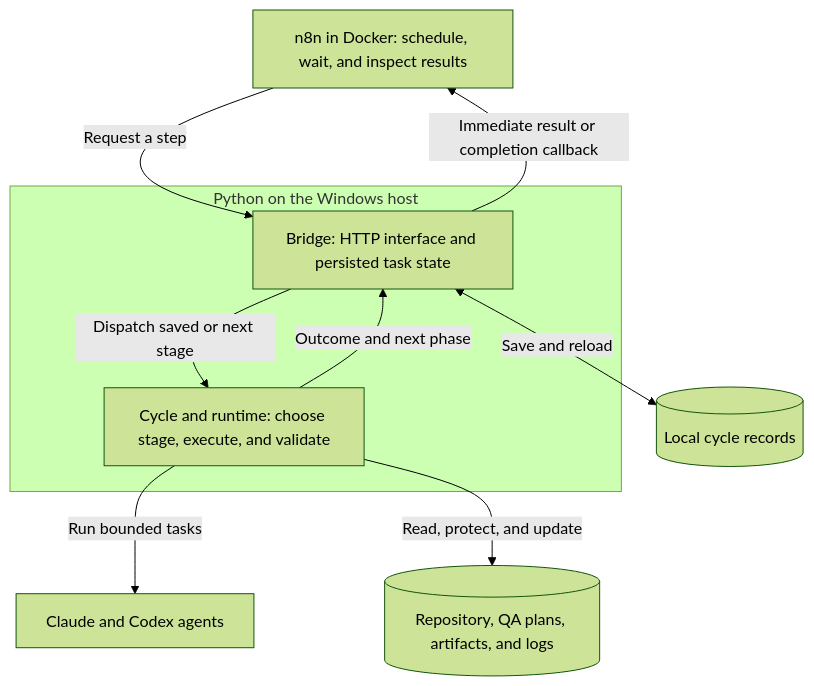
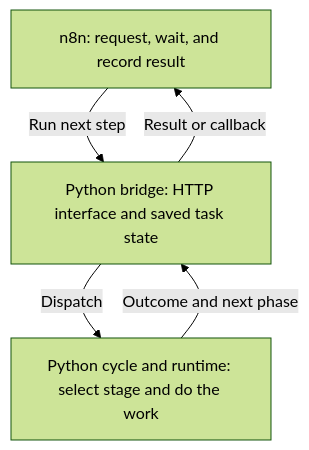
Before and after one commit to Nebettadjsr/GW2: the second of 2 diagrams in agent/docs/ARCHITECTURE.md, drawn with Mermaid (forest theme). The commit also changed other lines of this file, not shown here.

Commit message:
docs: distinguish n8n controls from Python stage orchestration

````diff
--- a/agent/docs/ARCHITECTURE.md
+++ b/agent/docs/ARCHITECTURE.md
@@ -13,15 +28,10 @@
 ```mermaid
 flowchart TB
-    N[n8n in Docker: schedule, wait, and inspect results]
-    subgraph PY[Python on the Windows host]
-        B[Bridge: HTTP interface and persisted task state]
-        T[Cycle and runtime: choose stage, execute, and validate]
-        B -->|Dispatch saved or next stage| T
-        T -->|Outcome and next phase| B
-    end
-    N -->|Request a step| B
-    B -->|Immediate result or completion callback| N
-    B <-->|Save and reload| S[(Local cycle records)]
-    T -->|Run bounded tasks| A[Claude and Codex agents]
-    T -->|Read, protect, and update| R[(Repository, QA plans, artifacts, and logs)]
+    N[n8n: request, wait, and record result]
+    B[Python bridge: HTTP interface and saved task state]
+    P[Python cycle and runtime: select stage and do the work]
+    N -->|Run next step| B
+    B -->|Dispatch| P
+    P -->|Outcome and next phase| B
+    B -->|Result or callback| N
 ```
````
